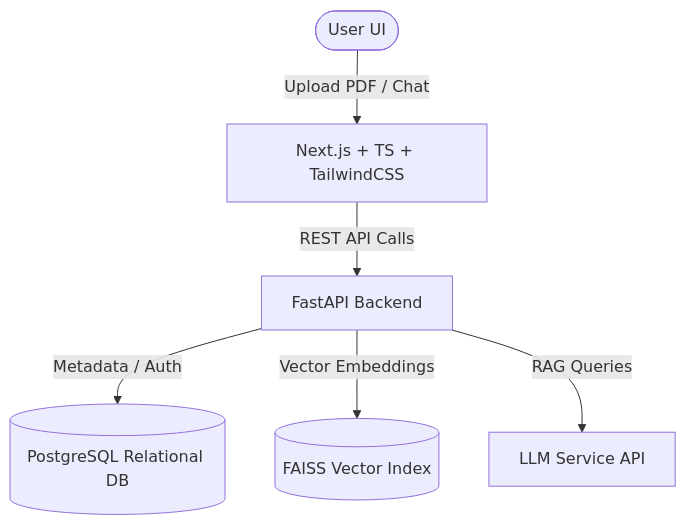
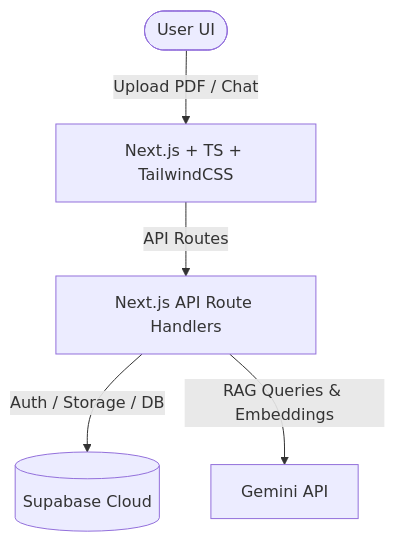
The diagram in .agents/AGENT_GUIDE.md (githubuser2777/LegalLens_ZenAI), drawn with Mermaid before and after one commit. The commit also changed other lines of this file and 203 other files, not shown here.

````diff
--- a/.agents/AGENT_GUIDE.md
+++ b/.agents/AGENT_GUIDE.md
@@ -45,8 +45,7 @@
 ```mermaid
 graph TD
     User([User UI]) -->|Upload PDF / Chat| Frontend[Next.js + TS + TailwindCSS]
-    Frontend -->|REST API Calls| Backend[FastAPI Backend]
-    Backend -->|Metadata / Auth| DB[(PostgreSQL Relational DB)]
-    Backend -->|Vector Embeddings| VectorDB[(FAISS Vector Index)]
-    Backend -->|RAG Queries| LLM[LLM Service API]
+    Frontend -->|API Routes| API[Next.js API Route Handlers]
+    API -->|Auth / Storage / DB| Supabase[(Supabase Cloud)]
+    API -->|RAG Queries & Embeddings| Gemini[Gemini API]
 ```
````
